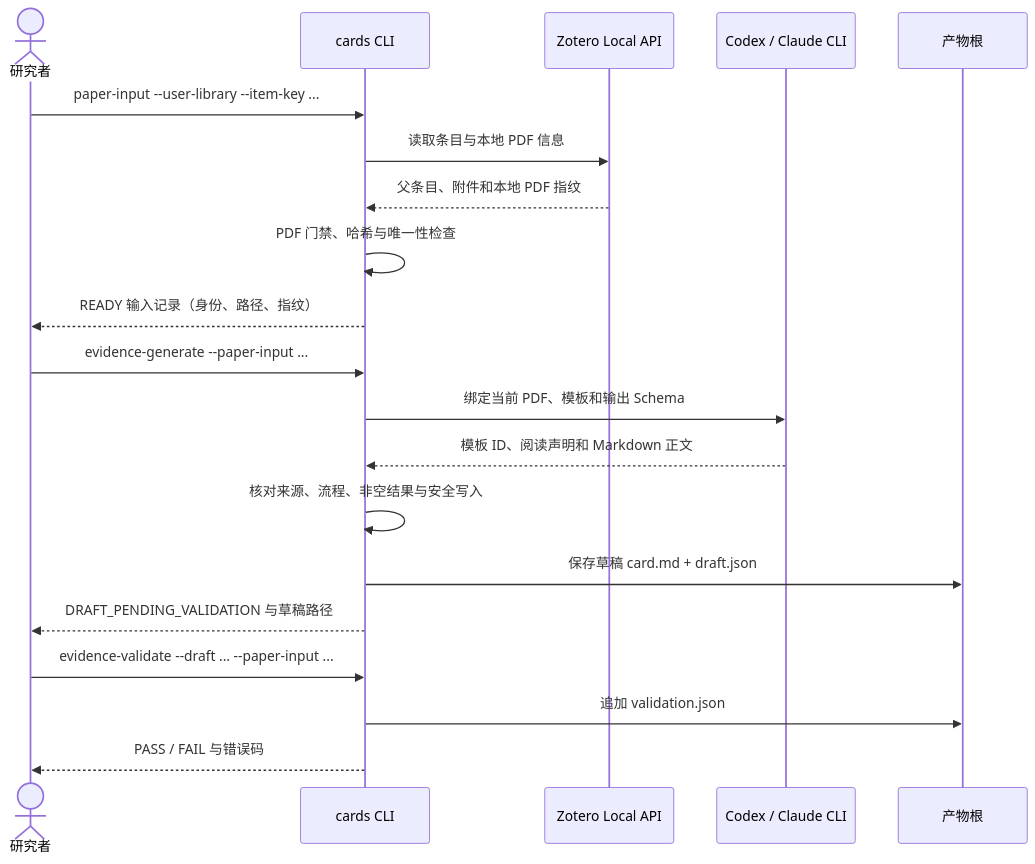
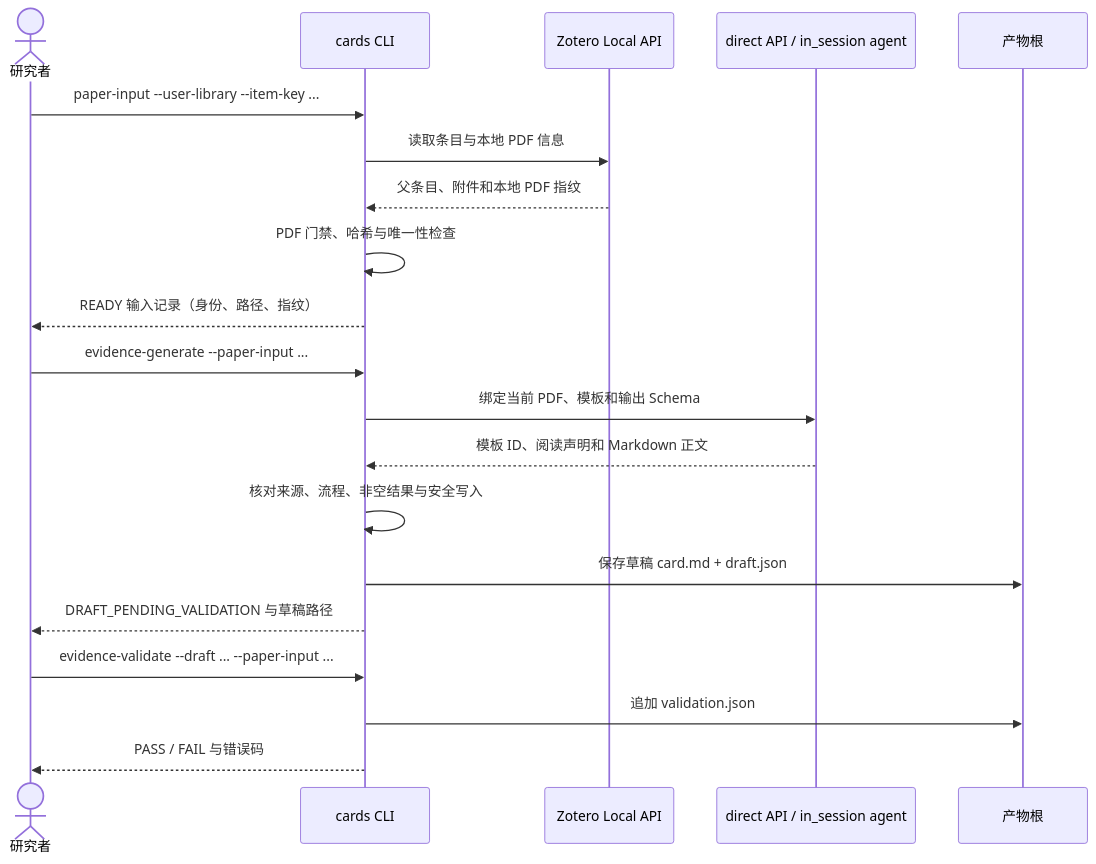
Before and after one commit to iHeadWater/mylibrary: the first of 2 diagrams in docs/development/platform/flows.md, drawn with Mermaid. The commit also changed other lines of this file and 51 other files, not shown here.

First line of the commit message:
refactor(cards): 执行者收敛为 in_session + direct，删除 CLI 包装

````diff
--- a/docs/development/platform/flows.md
+++ b/docs/development/platform/flows.md
@@ -7,23 +7,23 @@
 ```mermaid
 sequenceDiagram
     actor User as 研究者
     participant CLI as cards CLI
     participant Zotero as Zotero Local API
-    participant Model as Codex / Claude CLI
+    participant Model as direct API / in_session agent
     participant Artifacts as 产物根
 
     User->>CLI: paper-input --user-library --item-key ...
     CLI->>Zotero: 读取条目与本地 PDF 信息
     Zotero-->>CLI: 父条目、附件和本地 PDF 指纹
     CLI->>CLI: PDF 门禁、哈希与唯一性检查
     CLI-->>User: READY 输入记录（身份、路径、指纹）
     User->>CLI: evidence-generate --paper-input ...
     CLI->>Model: 绑定当前 PDF、模板和输出 Schema
     Model-->>CLI: 模板 ID、阅读声明和 Markdown 正文
     CLI->>CLI: 核对来源、流程、非空结果与安全写入
     CLI->>Artifacts: 保存草稿 card.md + draft.json
     CLI-->>User: DRAFT_PENDING_VALIDATION 与草稿路径
     User->>CLI: evidence-validate --draft ... --paper-input ...
     CLI->>Artifacts: 追加 validation.json
     CLI-->>User: PASS / FAIL 与错误码
 ```
````
